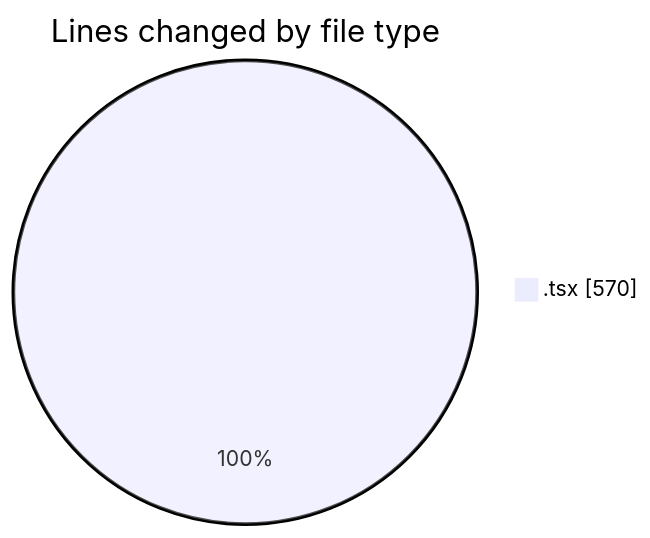
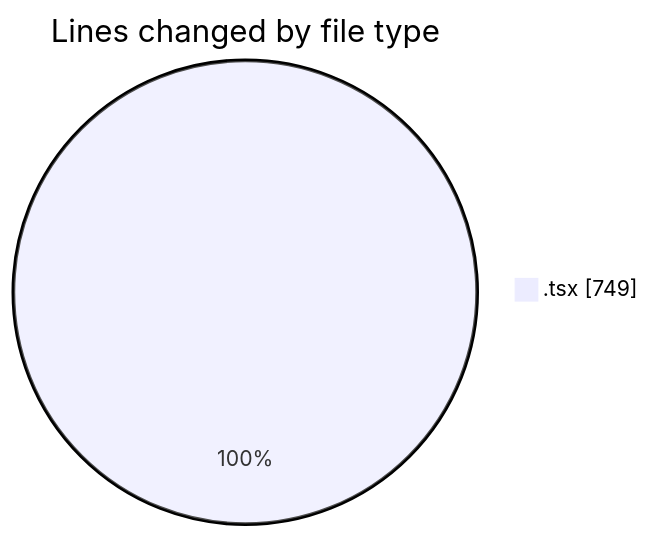
The first of 2 diagrams in 2025-02-03/termonied-web/README.md (robertbonfada/code-tracking), drawn with Mermaid before and after one commit. The commit also changed other lines of this file and 1 other file, not shown here.

````diff
--- a/2025-02-03/termonied-web/README.md
+++ b/2025-02-03/termonied-web/README.md
@@ -22,5 +23,5 @@
 ```mermaid
 pie showData
 title Lines changed by file type
-".tsx" : 570
+".tsx" : 749
 ```
````
